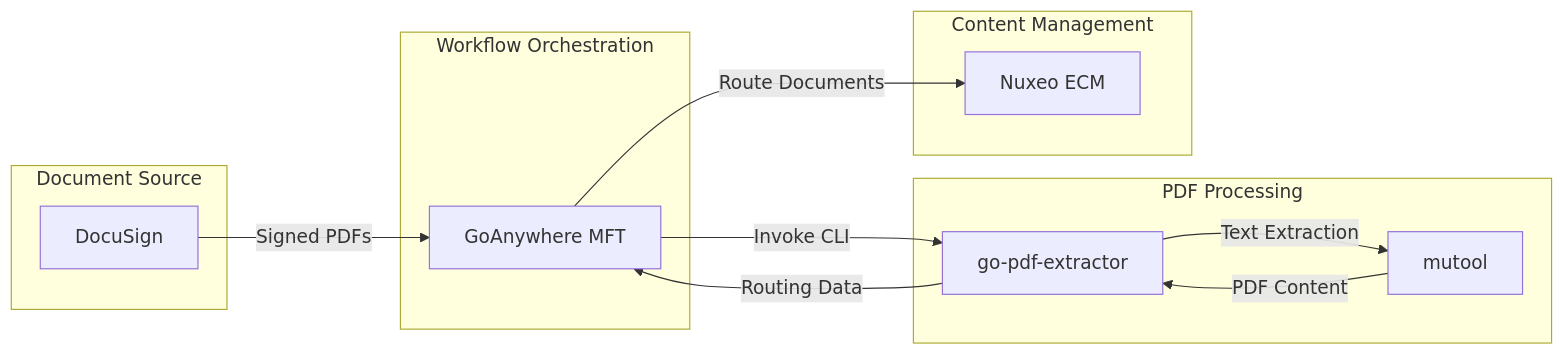
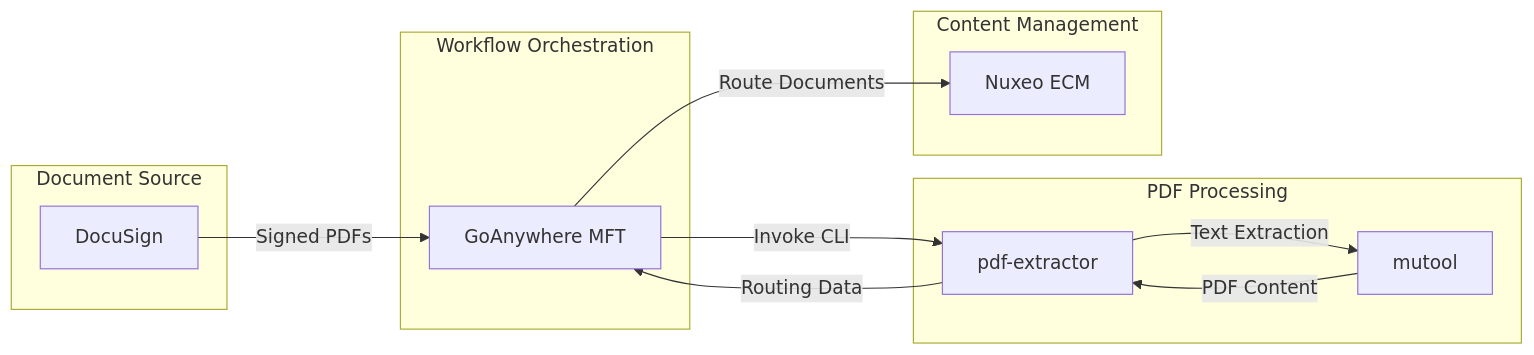
Before and after one commit to edsilegxrepo/pdf-extractor: the first of 2 diagrams in DESIGN.md, drawn with Mermaid. The commit also changed other lines of this file and 7 other files, not shown here.

First line of the commit message:
rename: go-pdf-extractor -> pdf-extractor

````diff
--- a/DESIGN.md
+++ b/DESIGN.md
@@ -71,26 +71,26 @@
 ```mermaid
 flowchart LR
     subgraph Source["Document Source"]
         DOCUSIGN[DocuSign]
     end
 
     subgraph Orchestration["Workflow Orchestration"]
         GA[GoAnywhere MFT]
     end
 
     subgraph Processing["PDF Processing"]
-        EXTRACT[go-pdf-extractor]
+        EXTRACT[pdf-extractor]
         MUTOOL[mutool]
     end
 
     subgraph Destination["Content Management"]
         NUXEO[Nuxeo ECM]
     end
 
     DOCUSIGN -->|Signed PDFs| GA
     GA -->|Invoke CLI| EXTRACT
     EXTRACT -->|Text Extraction| MUTOOL
     MUTOOL -->|PDF Content| EXTRACT
     EXTRACT -->|Routing Data| GA
     GA -->|Route Documents| NUXEO
 ```
````
